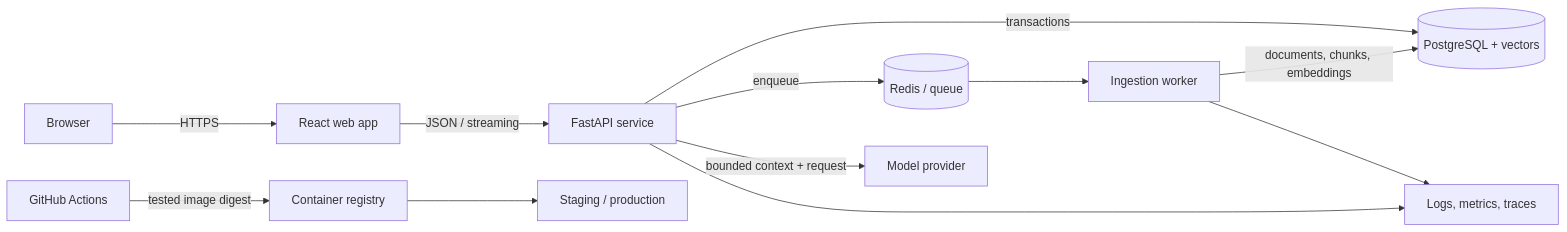
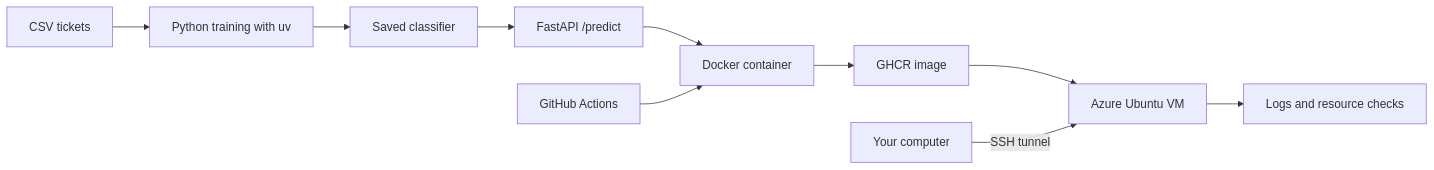
The diagram in projects/capstone.md (ManjeshYdv/acAIberry-foundations-learningpath), drawn with Mermaid before and after one commit. The commit also changed other lines of this file and 22 other files, not shown here.

````diff
--- a/projects/capstone.md
+++ b/projects/capstone.md
@@ -13,14 +7,12 @@
 ```mermaid
 flowchart LR
-    U[Browser] -->|HTTPS| W[React web app]
-    W -->|JSON / streaming| A[FastAPI service]
-    A -->|transactions| P[(PostgreSQL + vectors)]
-    A -->|enqueue| Q[(Redis / queue)]
-    Q --> K[Ingestion worker]
-    K -->|documents, chunks, embeddings| P
-    A -->|bounded context + request| M[Model provider]
-    A --> O[Logs, metrics, traces]
-    K --> O
-    CI[GitHub Actions] -->|tested image digest| R[Container registry]
-    R --> D[Staging / production]
+    F[CSV tickets] --> P[Python training with uv]
+    P --> M[Saved classifier]
+    M --> A[FastAPI /predict]
+    A --> C[Docker container]
+    G[GitHub Actions] --> C
+    C --> R[GHCR image]
+    R --> V[Azure Ubuntu VM]
+    U[Your computer] -->|SSH tunnel| V
+    V --> L[Logs and resource checks]
 ```
````
